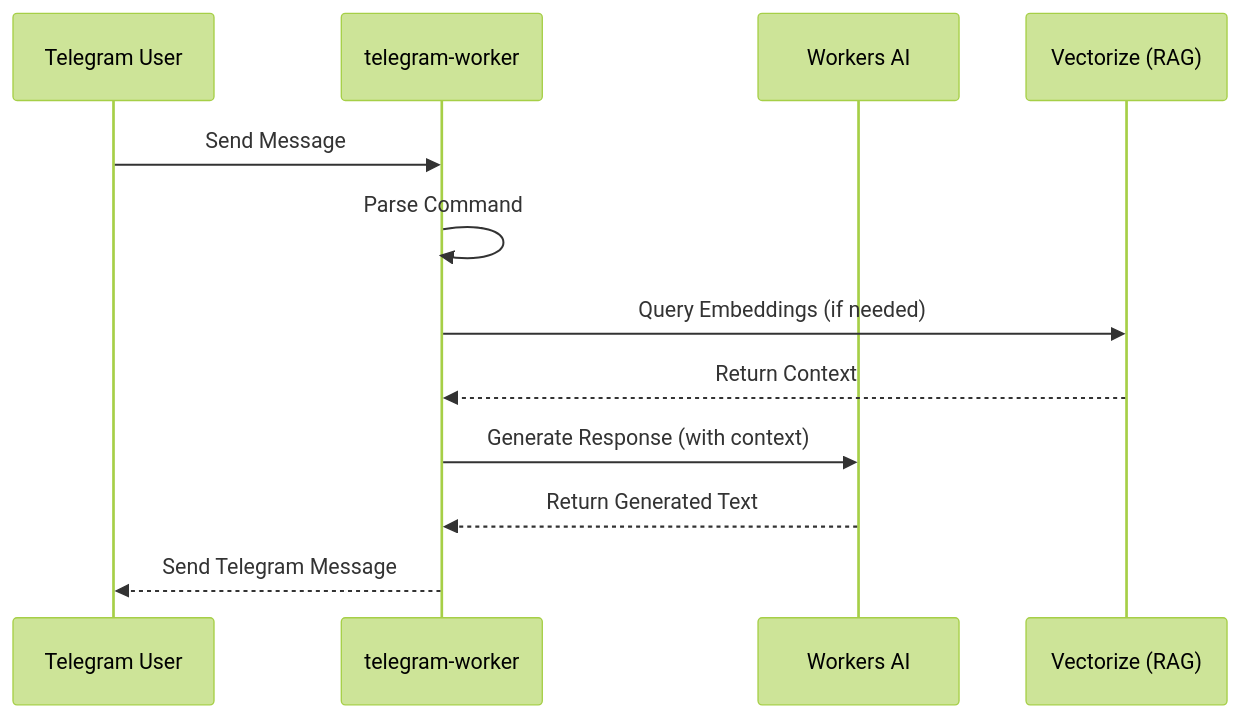
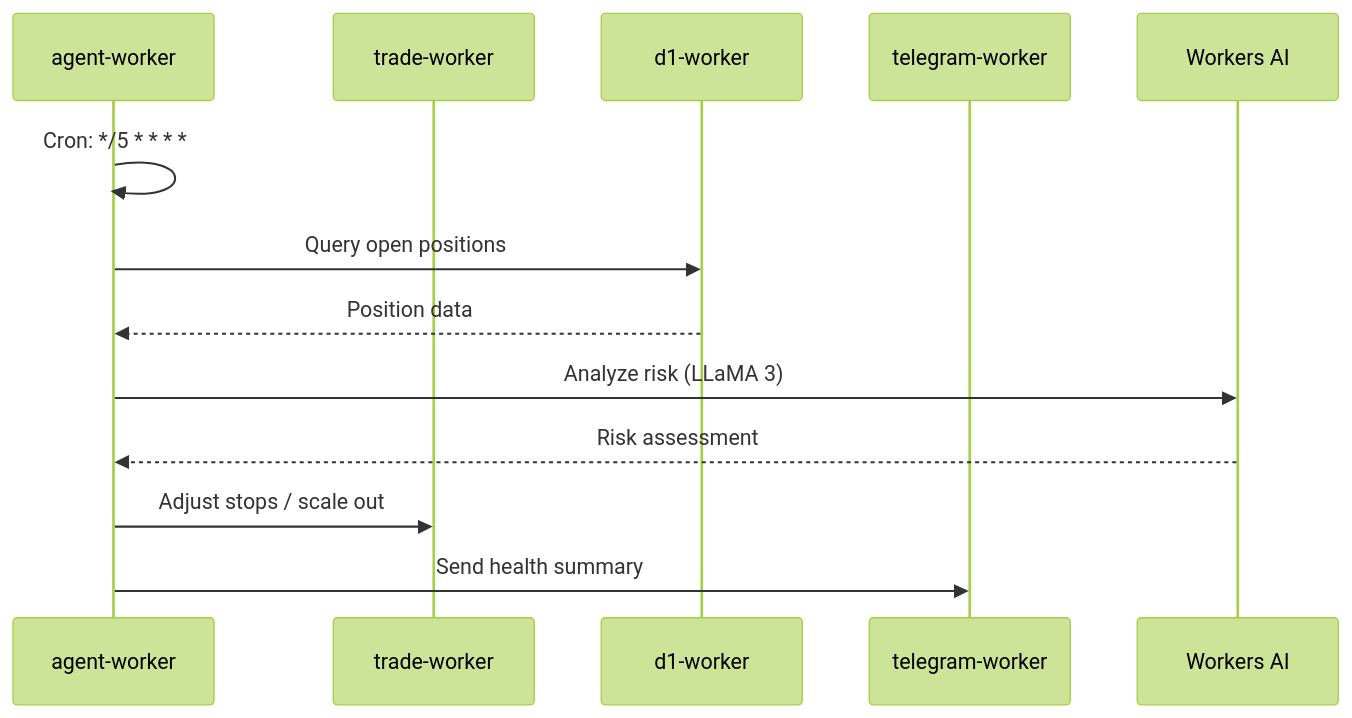
The second of 4 diagrams in docs/architecture/data-flow.md (jango-blockchained/hoox-setup), drawn with Mermaid (forest theme) before and after one commit. The commit also changed other lines of this file and 9 other files, not shown here.

````diff
--- a/docs/architecture/data-flow.md
+++ b/docs/architecture/data-flow.md
@@ -33,15 +36,16 @@
 ```mermaid
 sequenceDiagram
-    participant User as Telegram User
+    participant Agent as agent-worker
+    participant Trade as trade-worker
+    participant D1 as d1-worker
     participant TG as telegram-worker
     participant AI as Workers AI
-    participant Vec as Vectorize (RAG)
 
-    User->>TG: Send Message
-    TG->>TG: Parse Command
-    TG->>Vec: Query Embeddings (if needed)
-    Vec-->>TG: Return Context
-    TG->>AI: Generate Response (with context)
-    AI-->>TG: Return Generated Text
-    TG-->>User: Send Telegram Message
+    Agent->>Agent: Cron: */5 * * * *
+    Agent->>D1: Query open positions
+    D1-->>Agent: Position data
+    Agent->>AI: Analyze risk (LLaMA 3)
+    AI-->>Agent: Risk assessment
+    Agent->>Trade: Adjust stops / scale out
+    Agent->>TG: Send health summary
 ```
````
